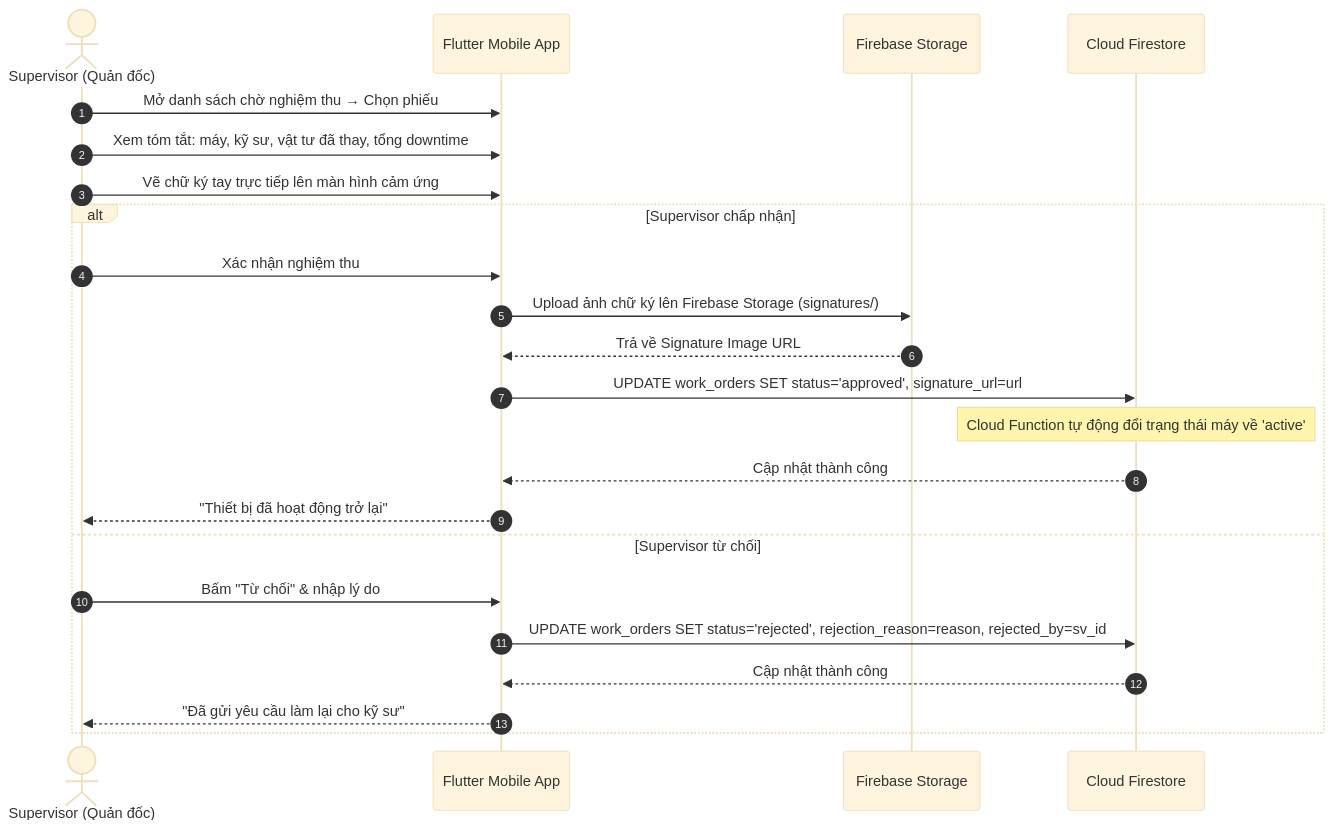
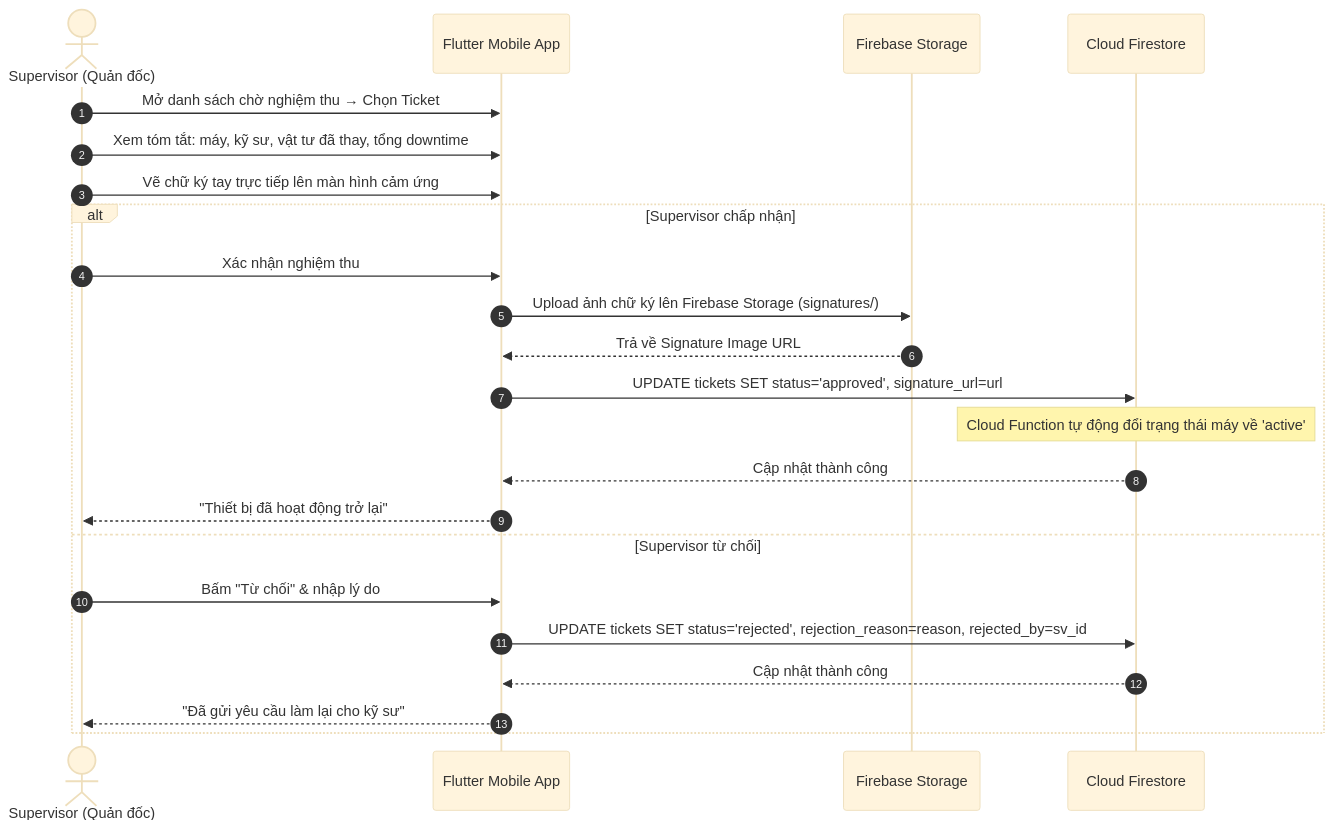
Before and after one commit to pvduy23052005/cse441-mobile-asset-track: the seventh of 12 diagrams in system_design.md, drawn with Mermaid (base theme). The commit also changed other lines of this file and 3 other files, not shown here.

Commit message:
docs: update project documentation and database schema design specifications

````diff
--- a/system_design.md
+++ b/system_design.md
@@ -221,26 +219,26 @@
 ```mermaid
 sequenceDiagram
     autonumber
     actor SV as Supervisor (Quản đốc)
     participant App as Flutter Mobile App
     participant Store as Firebase Storage
     participant DB as Cloud Firestore
 
-    SV->>App: Mở danh sách chờ nghiệm thu → Chọn phiếu
+    SV->>App: Mở danh sách chờ nghiệm thu → Chọn Ticket
     SV->>App: Xem tóm tắt: máy, kỹ sư, vật tư đã thay, tổng downtime
     SV->>App: Vẽ chữ ký tay trực tiếp lên màn hình cảm ứng
     alt Supervisor chấp nhận
         SV->>App: Xác nhận nghiệm thu
         App->>Store: Upload ảnh chữ ký lên Firebase Storage (signatures/)
         Store-->>App: Trả về Signature Image URL
-        App->>DB: UPDATE work_orders SET status='approved', signature_url=url
+        App->>DB: UPDATE tickets SET status='approved', signature_url=url
         Note over DB: Cloud Function tự động đổi trạng thái máy về 'active'
         DB-->>App: Cập nhật thành công
         App-->>SV: "Thiết bị đã hoạt động trở lại"
     else Supervisor từ chối
         SV->>App: Bấm "Từ chối" & nhập lý do
-        App->>DB: UPDATE work_orders SET status='rejected', rejection_reason=reason, rejected_by=sv_id
+        App->>DB: UPDATE tickets SET status='rejected', rejection_reason=reason, rejected_by=sv_id
         DB-->>App: Cập nhật thành công
         App-->>SV: "Đã gửi yêu cầu làm lại cho kỹ sư"
     end
 ```
````
